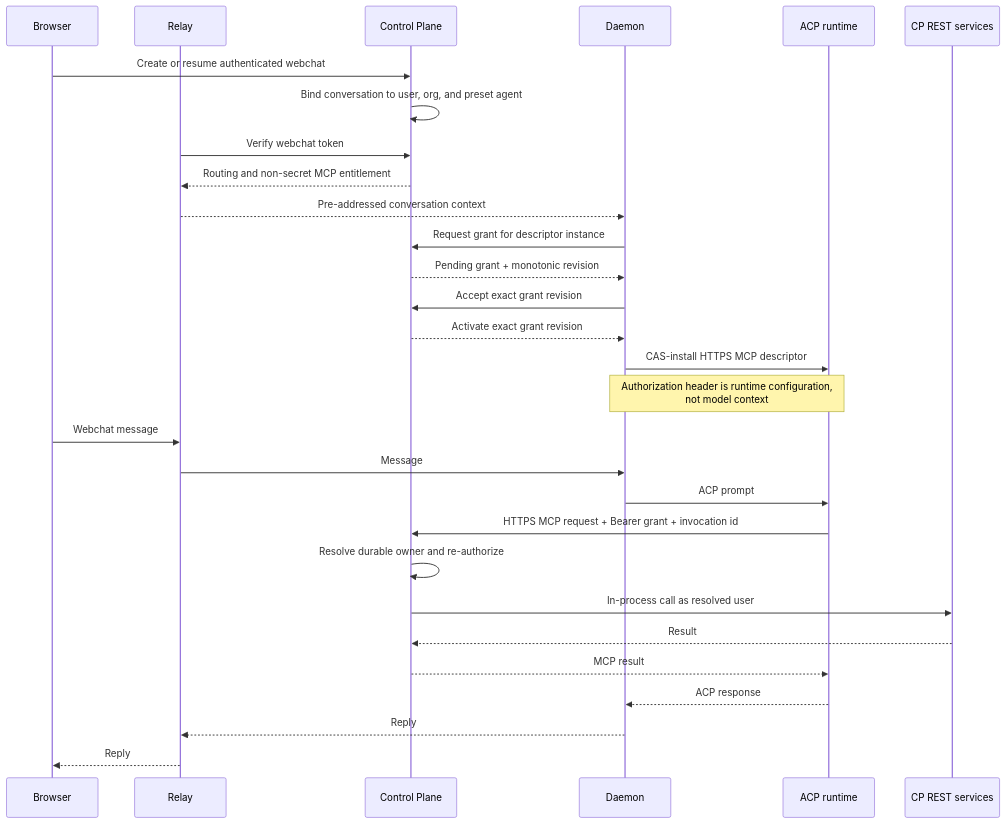
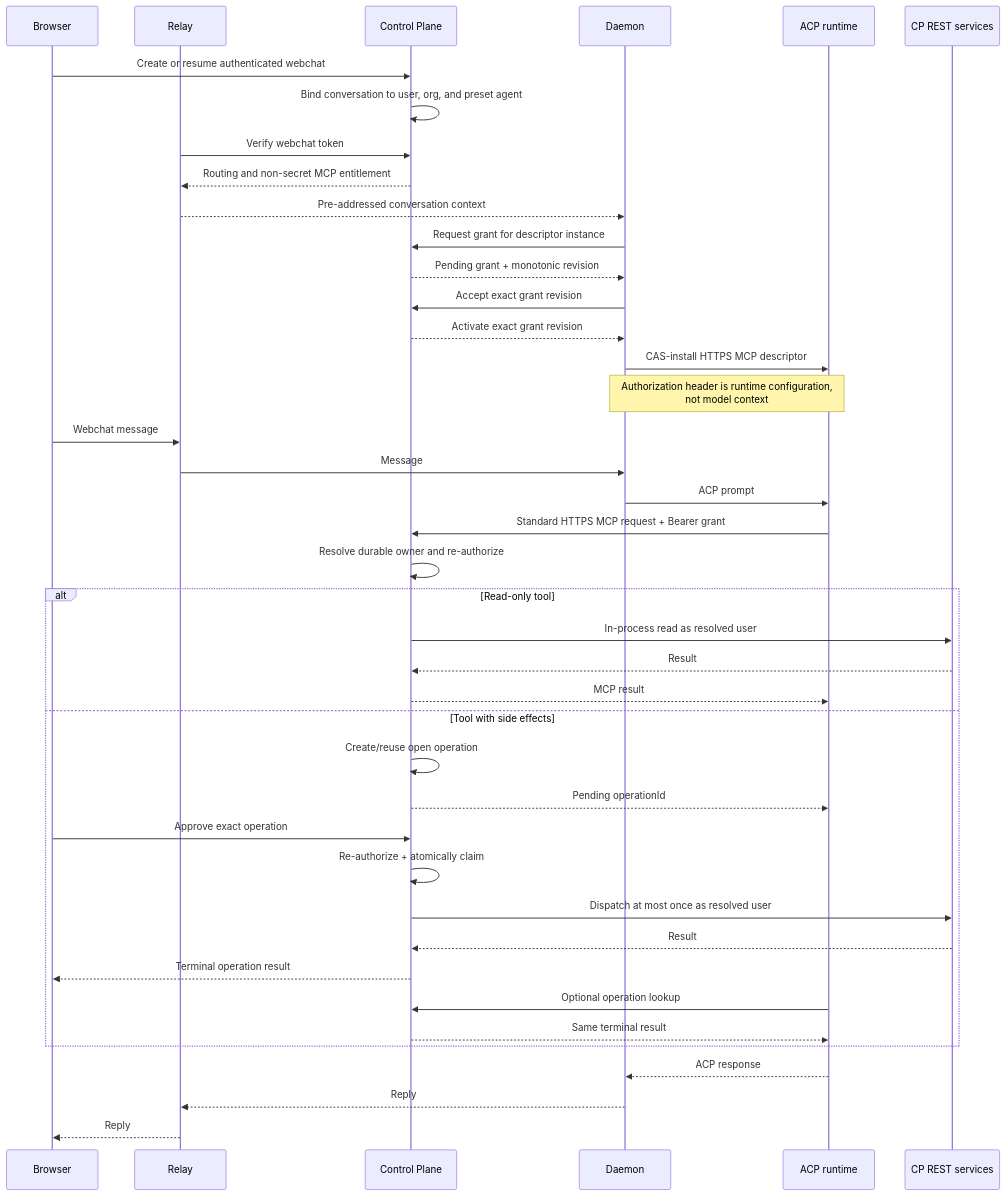
The diagram in docs/designs/webchat-preset-agentconnect-mcp.md (Harbor404/agentconnect), drawn with Mermaid before and after one commit. The commit also changed other lines of this file and 1 other file, not shown here.

First line of the commit message:
docs: move remote MCP idempotency into control plane (#316)

````diff
--- a/docs/designs/webchat-preset-agentconnect-mcp.md
+++ b/docs/designs/webchat-preset-agentconnect-mcp.md
@@ -112,32 +118,44 @@
 ```mermaid
 sequenceDiagram
     participant Browser
     participant Relay
     participant CP as Control Plane
     participant Daemon
     participant Runtime as ACP runtime
     participant REST as CP REST services
 
     Browser->>CP: Create or resume authenticated webchat
     CP->>CP: Bind conversation to user, org, and preset agent
     Relay->>CP: Verify webchat token
     CP-->>Relay: Routing and non-secret MCP entitlement
     Relay-->>Daemon: Pre-addressed conversation context
     Daemon->>CP: Request grant for descriptor instance
     CP-->>Daemon: Pending grant + monotonic revision
     Daemon->>CP: Accept exact grant revision
     CP-->>Daemon: Activate exact grant revision
     Daemon->>Runtime: CAS-install HTTPS MCP descriptor
     Note over Daemon,Runtime: Authorization header is runtime configuration,<br/>not model context
     Browser->>Relay: Webchat message
     Relay->>Daemon: Message
     Daemon->>Runtime: ACP prompt
-    Runtime->>CP: HTTPS MCP request + Bearer grant + invocation id
+    Runtime->>CP: Standard HTTPS MCP request + Bearer grant
     CP->>CP: Resolve durable owner and re-authorize
-    CP->>REST: In-process call as resolved user
-    REST-->>CP: Result
-    CP-->>Runtime: MCP result
+    alt Read-only tool
+        CP->>REST: In-process read as resolved user
+        REST-->>CP: Result
+        CP-->>Runtime: MCP result
+    else Tool with side effects
+        CP->>CP: Create/reuse open operation
+        CP-->>Runtime: Pending operationId
+        Browser->>CP: Approve exact operation
+        CP->>CP: Re-authorize + atomically claim
+        CP->>REST: Dispatch at most once as resolved user
+        REST-->>CP: Result
+        CP-->>Browser: Terminal operation result
+        Runtime->>CP: Optional operation lookup
+        CP-->>Runtime: Same terminal result
+    end
     Runtime-->>Daemon: ACP response
     Daemon-->>Relay: Reply
     Relay-->>Browser: Reply
 ```
````
